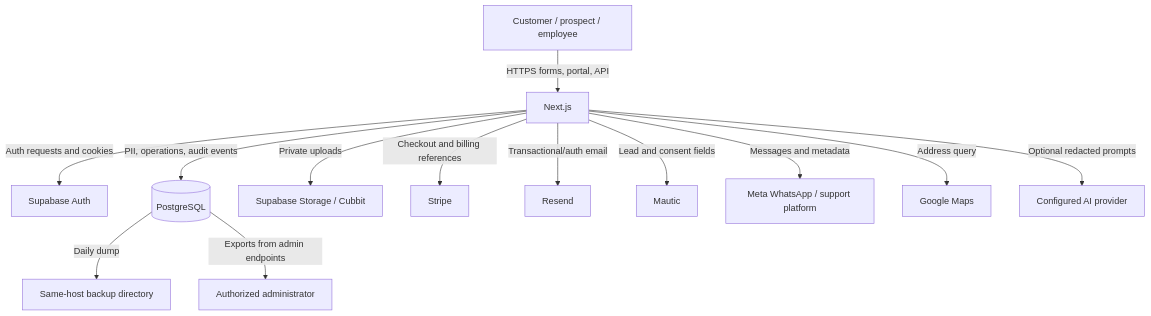
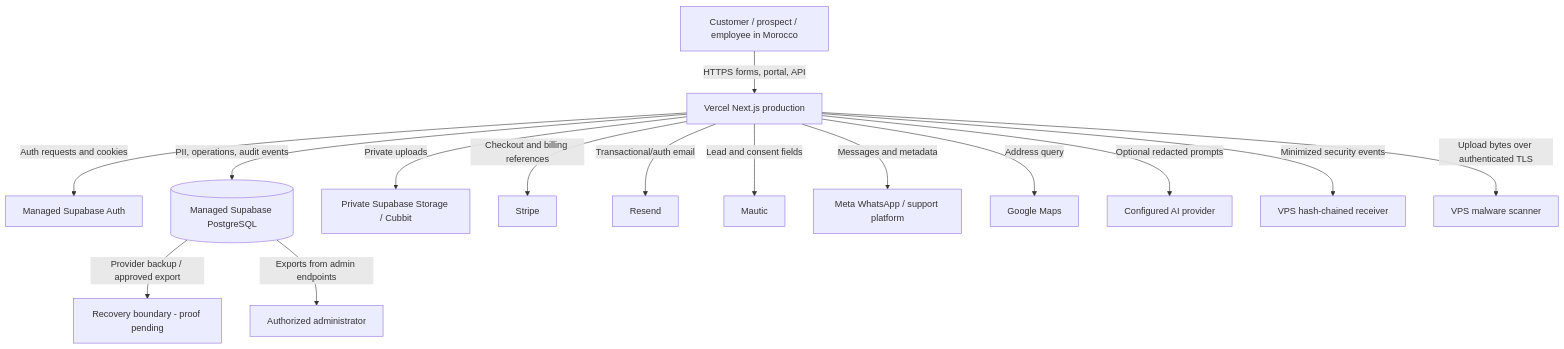
One commit to Saasolution-sl/dar-tahara changed the diagram in compliance/iso27001/data-flows/data-flow-inventory.md. Above: the diagram before and after it, drawn with Mermaid. The commit also changed other lines of this file and 36 other files, not shown here.

````diff
--- a/compliance/iso27001/data-flows/data-flow-inventory.md
+++ b/compliance/iso27001/data-flows/data-flow-inventory.md
@@ -7,15 +11,17 @@
 ```mermaid
 flowchart TD
-  U[Customer / prospect / employee] -->|HTTPS forms, portal, API| W[Next.js]
-  W -->|Auth requests and cookies| A[Supabase Auth]
-  W -->|PII, operations, audit events| P[(PostgreSQL)]
-  W -->|Private uploads| S[Supabase Storage / Cubbit]
+  U[Customer / prospect / employee in Morocco] -->|HTTPS forms, portal, API| W[Vercel Next.js production]
+  W -->|Auth requests and cookies| A[Managed Supabase Auth]
+  W -->|PII, operations, audit events| P[(Managed Supabase PostgreSQL)]
+  W -->|Private uploads| S[Private Supabase Storage / Cubbit]
   W -->|Checkout and billing references| T[Stripe]
   W -->|Transactional/auth email| R[Resend]
   W -->|Lead and consent fields| M[Mautic]
   W -->|Messages and metadata| Q[Meta WhatsApp / support platform]
   W -->|Address query| G[Google Maps]
   W -->|Optional redacted prompts| L[Configured AI provider]
-  P -->|Daily dump| B[Same-host backup directory]
+  W -->|Minimized security events| V[VPS hash-chained receiver]
+  W -->|Upload bytes over authenticated TLS| C[VPS malware scanner]
+  P -->|Provider backup / approved export| B[Recovery boundary - proof pending]
   P -->|Exports from admin endpoints| X[Authorized administrator]
 ```
````
